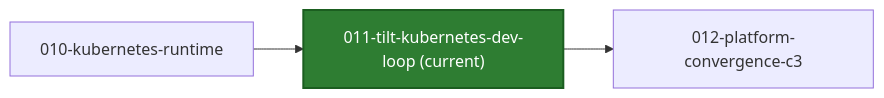
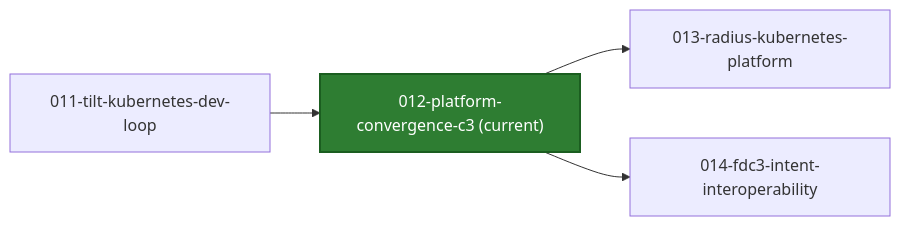
The first of 2 diagrams in README.md (azure-octo/traderX), drawn with Mermaid before and after one commit. The commit also changed other lines of this file and 26 other files, not shown here.

First line of the commit message:
snapshot: 012-platform-convergence-c3 generated from a41e87908ebf8e9d2cd385280eacced32887bb1e

````diff
--- a/README.md
+++ b/README.md
@@ -21,10 +19,12 @@
 ```mermaid
 flowchart LR
-  S_CUR["011-tilt-kubernetes-dev-loop (current)"]
+  S_CUR["012-platform-convergence-c3 (current)"]
   style S_CUR fill:#2e7d32,stroke:#1b5e20,color:#ffffff,stroke-width:2px
-  S_PREV_010_kubernetes_runtime["010-kubernetes-runtime"] --> S_CUR
-  click S_PREV_010_kubernetes_runtime href "https://github.com/finos/traderX/tree/code%2Fgenerated-state-010-kubernetes-runtime" "Open branch"
-  S_CUR --> S_NEXT_012_platform_convergence_c3["012-platform-convergence-c3"]
-  click S_NEXT_012_platform_convergence_c3 href "https://github.com/finos/traderX/tree/code%2Fgenerated-state-012-platform-convergence-c3" "Open branch"
-  click S_CUR href "https://github.com/finos/traderX/tree/code%2Fgenerated-state-011-tilt-kubernetes-dev-loop" "Open current branch"
+  S_PREV_011_tilt_kubernetes_dev_loop["011-tilt-kubernetes-dev-loop"] --> S_CUR
+  click S_PREV_011_tilt_kubernetes_dev_loop href "https://github.com/finos/traderX/tree/code%2Fgenerated-state-011-tilt-kubernetes-dev-loop" "Open branch"
+  S_CUR --> S_NEXT_013_radius_kubernetes_platform["013-radius-kubernetes-platform"]
+  click S_NEXT_013_radius_kubernetes_platform href "https://github.com/finos/traderX/tree/code%2Fgenerated-state-013-radius-kubernetes-platform" "Open branch"
+  S_CUR --> S_NEXT_014_fdc3_intent_interoperability["014-fdc3-intent-interoperability"]
+  click S_NEXT_014_fdc3_intent_interoperability href "https://github.com/finos/traderX/tree/code%2Fgenerated-state-014-fdc3-intent-interoperability" "Open branch"
+  click S_CUR href "https://github.com/finos/traderX/tree/code%2Fgenerated-state-012-platform-convergence-c3" "Open current branch"
 ```
````
